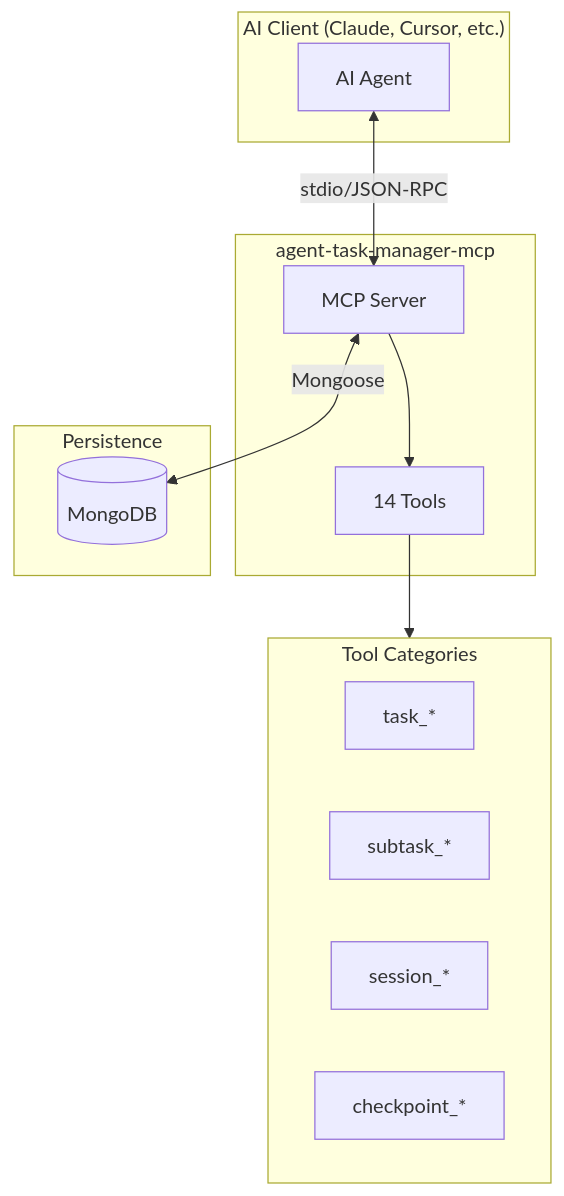
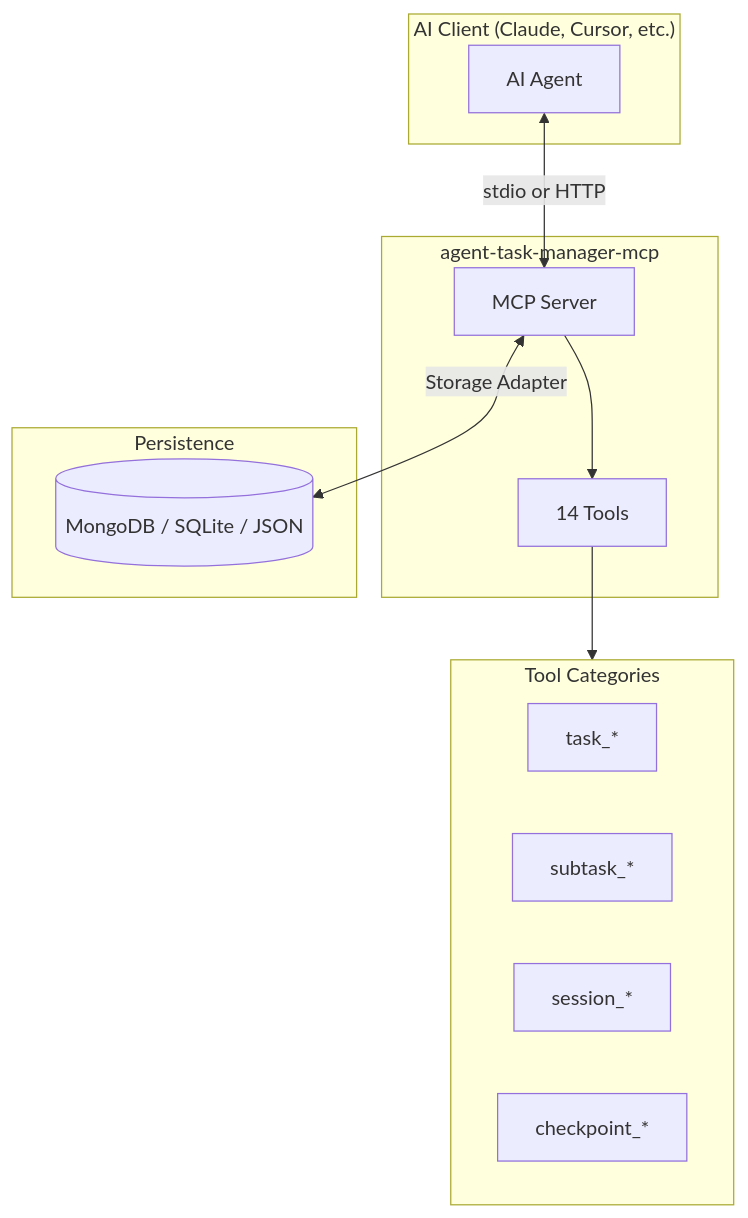
Before and after one commit to mlnima/agent-task-manager-mcp: the first of 2 diagrams in README.md, drawn with Mermaid. The commit also changed other lines of this file and 28 other files, not shown here.

````diff
--- a/README.md
+++ b/README.md
@@ -110,27 +110,27 @@
 ```mermaid
 flowchart TB
     subgraph Client["AI Client (Claude, Cursor, etc.)"]
         Agent[AI Agent]
     end
 
     subgraph MCP["agent-task-manager-mcp"]
         Server[MCP Server]
         Tools[14 Tools]
         Server --> Tools
     end
 
     subgraph Storage["Persistence"]
-        MongoDB[(MongoDB)]
+        DB[(MongoDB / SQLite / JSON)]
     end
 
-    Agent <-->|stdio/JSON-RPC| Server
-    Server <-->|Mongoose| MongoDB
+    Agent <-->|stdio or HTTP| Server
+    Server <-->|Storage Adapter| DB
 
     subgraph ToolsDetail["Tool Categories"]
         T1[task_*]
         T2[subtask_*]
         T3[session_*]
         T4[checkpoint_*]
     end
     Tools --> ToolsDetail
 ```
````
